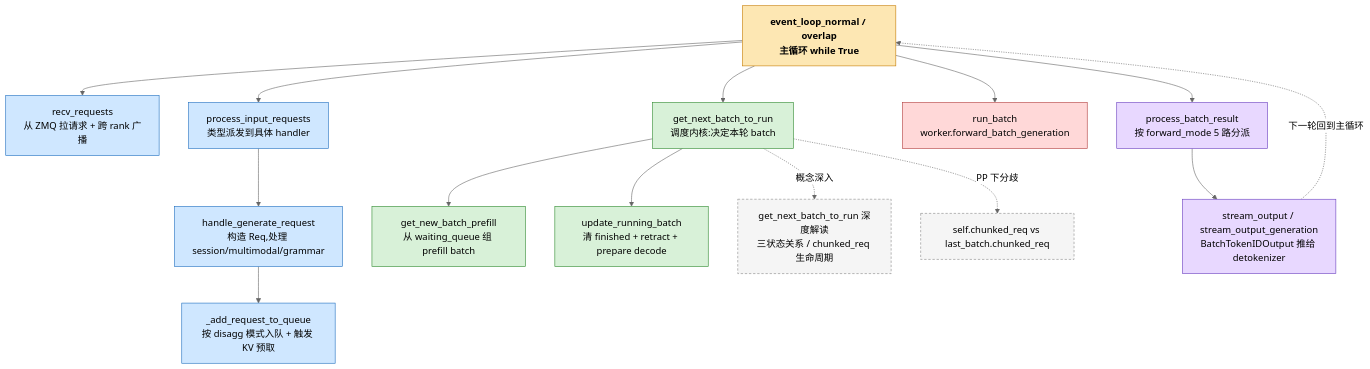
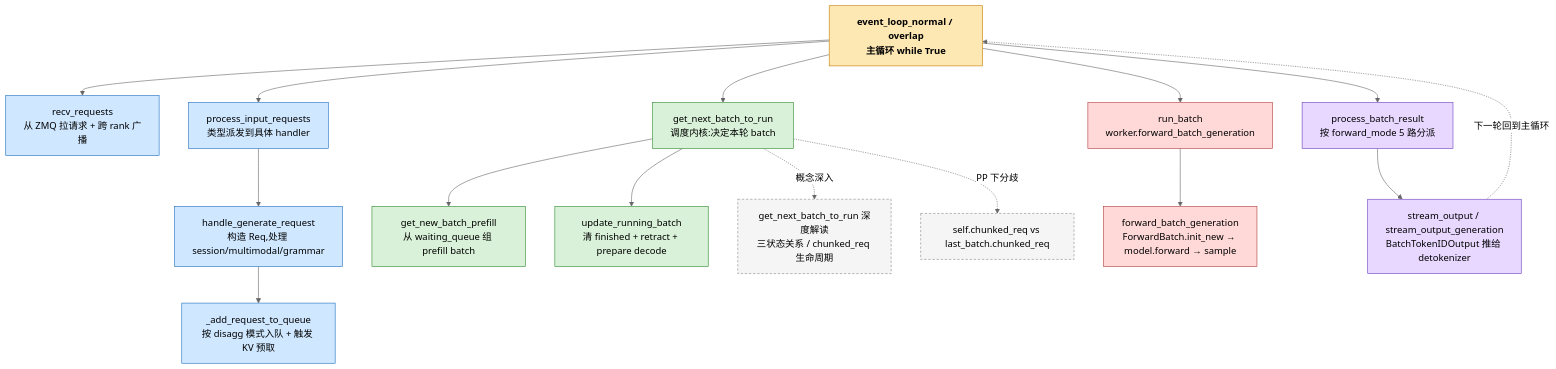
Before and after one commit to haoxulinux-oss/sglang-note: the diagram in articles/scheduler-call-graph.zh.md, drawn with Mermaid (neutral theme). The commit also changed 3 other files, not shown here.

Commit message:
forward-batch-generation

````diff
--- a/articles/scheduler-call-graph.zh.md
+++ b/articles/scheduler-call-graph.zh.md
@@ -5,48 +5,50 @@
 ```mermaid
 flowchart TD
     classDef entry fill:#fde7b3,stroke:#c47b00,color:#000,font-weight:bold
     classDef recv fill:#cfe7ff,stroke:#1f6fbf,color:#000
     classDef sched fill:#d8f1d8,stroke:#2f8a2f,color:#000
     classDef forward fill:#ffd8d8,stroke:#b13c3c,color:#000
     classDef output fill:#e8d8ff,stroke:#6a3fbf,color:#000
     classDef topic fill:#f5f5f5,stroke:#888,color:#000,stroke-dasharray:4 3
 
     A[event_loop_normal / overlap<br/>主循环 while True]:::entry
 
     A --> B[recv_requests<br/>从 ZMQ 拉请求 + 跨 rank 广播]:::recv
     A --> C[process_input_requests<br/>类型派发到具体 handler]:::recv
 
     C --> D[handle_generate_request<br/>构造 Req,处理 session/multimodal/grammar]:::recv
     D --> E[_add_request_to_queue<br/>按 disagg 模式入队 + 触发 KV 预取]:::recv
 
     A --> F[get_next_batch_to_run<br/>调度内核:决定本轮 batch]:::sched
     F --> G[get_new_batch_prefill<br/>从 waiting_queue 组 prefill batch]:::sched
     F --> H[update_running_batch<br/>清 finished + retract + prepare decode]:::sched
 
     A --> I[run_batch<br/>worker.forward_batch_generation]:::forward
+    I --> I2[forward_batch_generation<br/>ForwardBatch.init_new → model.forward → sample]:::forward
 
     A --> J[process_batch_result<br/>按 forward_mode 5 路分派]:::output
     J --> K[stream_output / stream_output_generation<br/>BatchTokenIDOutput 推给 detokenizer]:::output
 
     %% Loop edge
     K -.下一轮回到主循环.-> A
 
     %% Conceptual deep-dive topics (虚线表示「关联阅读」)
     F -. 概念深入.-> Z1[get_next_batch_to_run 深度解读<br/>三状态关系 / chunked_req 生命周期]:::topic
     F -. PP 下分歧.-> Z2[self.chunked_req vs last_batch.chunked_req]:::topic
 
     %% click bindings (GitHub Mermaid supports relative links)
     click A "scheduler-recv-and-run.zh.md" "Scheduler 如何从 ZMQ 拿请求并跑推理"
     click B "scheduler-recv-requests.zh.md" "recv_requests 解析"
     click C "scheduler-process-input-requests.zh.md" "process_input_requests 解析"
     click D "scheduler-handle-generate-request.zh.md" "handle_generate_request 解析"
     click E "scheduler-add-request-to-queue.zh.md" "_add_request_to_queue 解析"
     click F "scheduler-get-next-batch-to-run.zh.md" "get_next_batch_to_run 解析"
     click G "scheduler-get-new-batch-prefill.zh.md" "get_new_batch_prefill 解析"
     click H "scheduler-update-running-batch.zh.md" "update_running_batch 解析"
     click I "scheduler-run-batch.zh.md" "run_batch 解析"
+    click I2 "forward-batch-generation.zh.md" "forward_batch_generation 解析(初学者向)"
     click J "scheduler-process-batch-result.zh.md" "process_batch_result 解析"
     click K "scheduler-stream-output.zh.md" "stream_output / stream_output_generation 解析"
     click Z1 "scheduler-get-next-batch-to-run-deep-dive.zh.md" "深度解读"
     click Z2 "scheduler-chunked-req-vs-last-batch-chunked-req.zh.md" "self.chunked_req vs last_batch.chunked_req"
 ```
````
